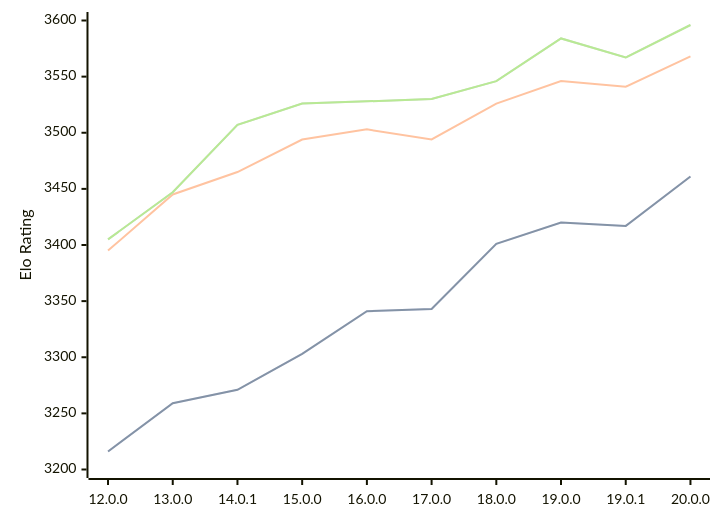
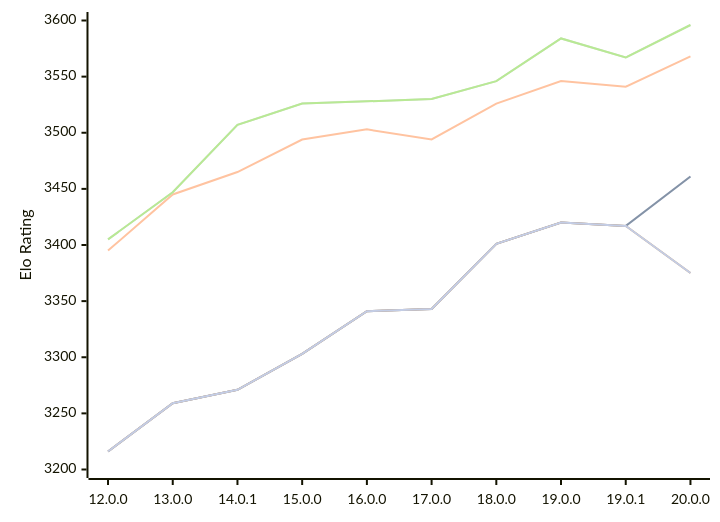
The diagram in engines/Viridithas.md (computer-chess-index/cci), drawn with Mermaid before and after one commit. The commit also changed other lines of this file, not shown here.

Commit message:
Update CCI Ratings (ELO VLTC) - 2026-10-11

````diff
--- a/engines/Viridithas.md
+++ b/engines/Viridithas.md
@@ -56,16 +56,13 @@
 ```mermaid
 %%{init: {"theme":"base","themeVariables":{"seriesColors:['#a3a3a3','#222221','#faa371']}}}%%
 xychart-beta
   x-axis ["12.0.0", "13.0.0", "14.0.1", "15.0.0", "16.0.0", "17.0.0", "18.0.0", "19.0.0", "19.0.1", "20.0.0"]
   y-axis "Elo Rating" 3200 --> 3600
   line "" [3216, 3259, 3271, 3303, 3341, 3343, 3401, 3420, 3417, 3461]
   line "T1: STC (8.0+0.08s)" [3216, 3259, 3271, 3303, 3341, 3343, 3401, 3420, 3417, 3461]
   line "T1: LTC (60.0+0.60s)" [3395, 3445, 3465, 3494, 3503, 3494, 3526, 3546, 3541, 3568]
   line "" [3405, 3447, 3507, 3526, 3528, 3530, 3546, 3584, 3567, 3596]
   line "T1: VLTC (2m24s+1.12s)" [3405, 3447, 3507, 3526, 3528, 3530, 3546, 3584, 3567, 3596]
-  line "" [3364]
-  line "E1: STC (8.0+0.08s)" [3364]
-  line "E1: LTC (60.0+0.60s)" [3571]
-  line "" [3599]
-  line "E1: VLTC (2m24s+1.12s)" [3599]
+  line "" [3216, 3259, 3271, 3303, 3341, 3343, 3401, 3420, 3417,3375]
+  line "E1: STC (8.0+0.08s)" [3216, 3259, 3271, 3303, 3341, 3343, 3401, 3420, 3417,3375]
 ```
````
